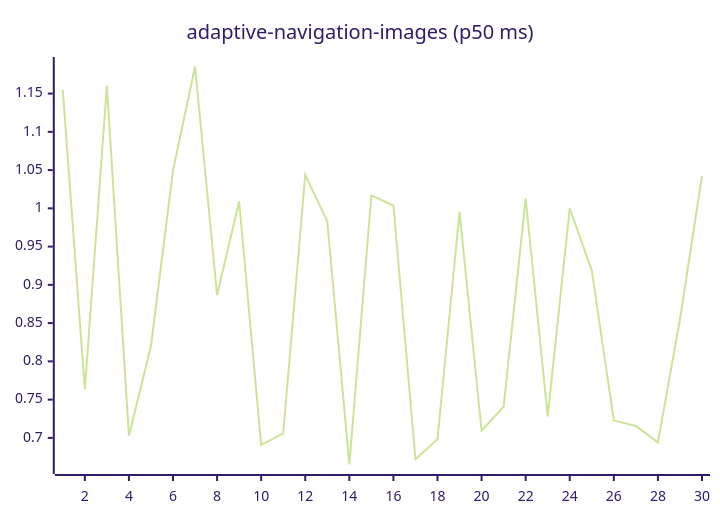
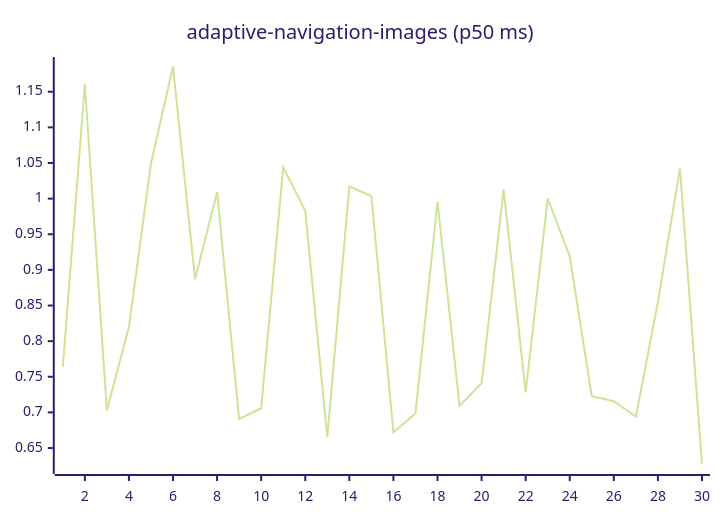
One commit to josha/Facet changed the first of 27 diagrams in README.md. Above: the diagram before and after it, drawn with Mermaid (forest theme). The commit also changed other lines of this file and 2 other files, not shown here.

````diff
--- a/README.md
+++ b/README.md
@@ -63,6 +63,6 @@
 ```mermaid
 xychart-beta
     title "adaptive-navigation-images (p50 ms)"
     x-axis 1 --> 30
-    line [1.1549, 0.7635, 1.1603, 0.7028, 0.8201, 1.0494, 1.1854, 0.8867, 1.0090, 0.6909, 0.7058, 1.0439, 0.9829, 0.6652, 1.0169, 1.0037, 0.6721, 0.6983, 0.9956, 0.7094, 0.7407, 1.0129, 0.7280, 1.0000, 0.9189, 0.7227, 0.7156, 0.6941, 0.8547, 1.0425]
+    line [0.7635, 1.1603, 0.7028, 0.8201, 1.0494, 1.1854, 0.8867, 1.0090, 0.6909, 0.7058, 1.0439, 0.9829, 0.6652, 1.0169, 1.0037, 0.6721, 0.6983, 0.9956, 0.7094, 0.7407, 1.0129, 0.7280, 1.0000, 0.9189, 0.7227, 0.7156, 0.6941, 0.8547, 1.0425, 0.6269]
 ```
````
